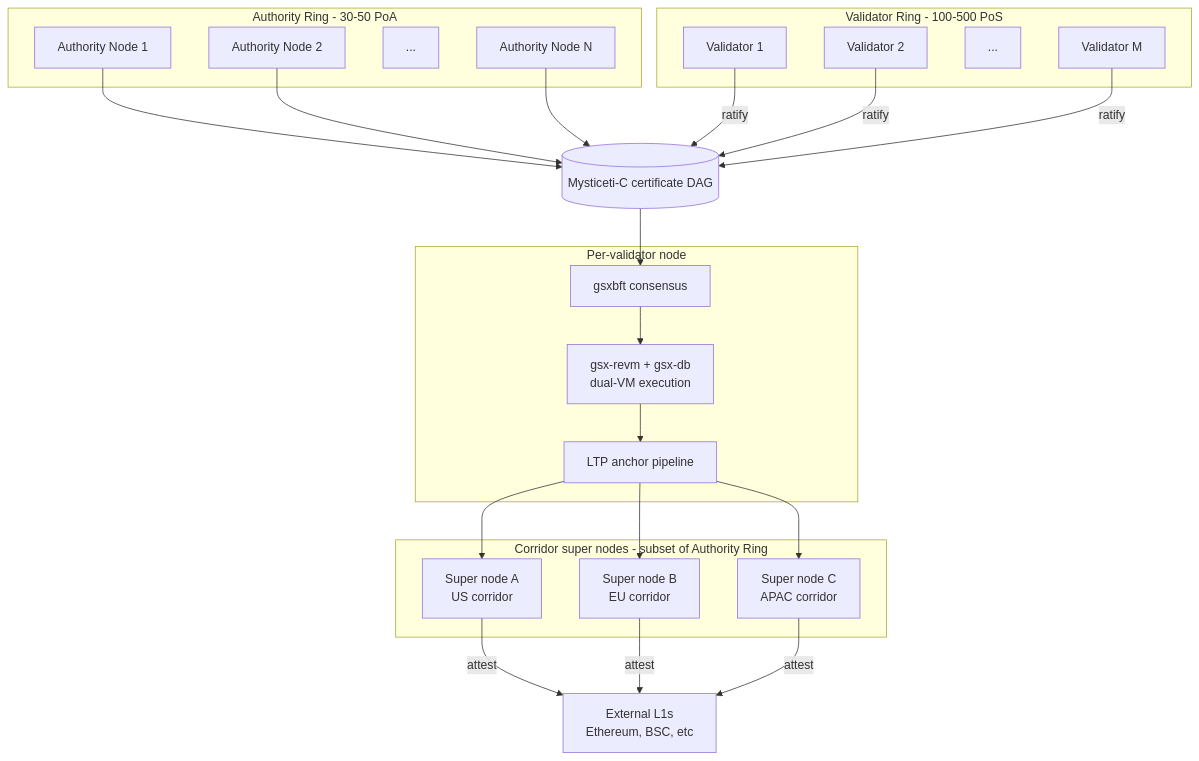
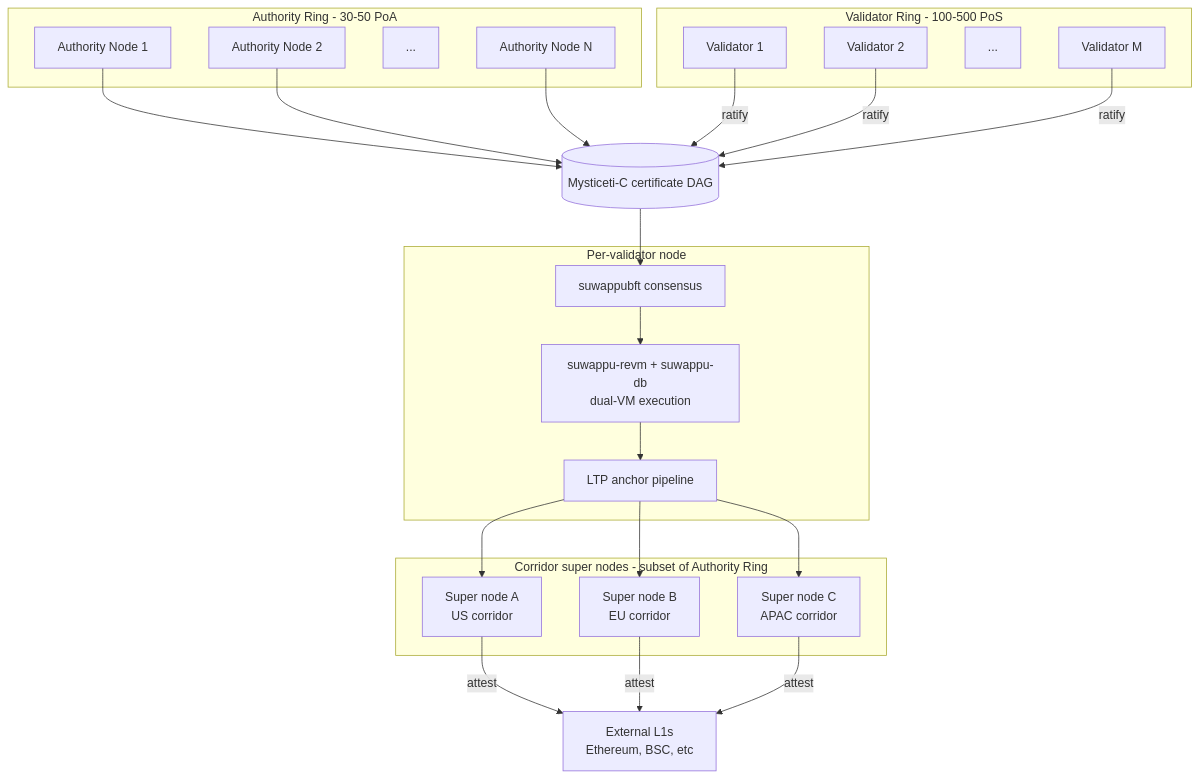
One commit to Suwappu-Labs/suwappu-db changed the third of 4 diagrams in docs/architecture/deployment-topology.md. Above: the diagram before and after it, drawn with Mermaid. The commit also changed other lines of this file and 232 other files, not shown here.

First line of the commit message:
chore: rebrand gsx-db -> suwappu-db (crates, code, docs)

````diff
--- a/docs/architecture/deployment-topology.md
+++ b/docs/architecture/deployment-topology.md
@@ -88,43 +88,43 @@
 ```mermaid
 flowchart TB
     subgraph Ring1[Authority Ring - 30-50 PoA]
         A1[Authority Node 1]
         A2[Authority Node 2]
         Adots[...]
         AN[Authority Node N]
     end
     subgraph Ring2[Validator Ring - 100-500 PoS]
         V1[Validator 1]
         V2[Validator 2]
         Vdots[...]
         VN[Validator M]
     end
     subgraph SuperNodes[Corridor super nodes - subset of Authority Ring]
         SN1[Super node A<br/>US corridor]
         SN2[Super node B<br/>EU corridor]
         SN3[Super node C<br/>APAC corridor]
     end
 
     DAG[(Mysticeti-C certificate DAG)]
     A1 --> DAG
     A2 --> DAG
     AN --> DAG
     V1 -- ratify --> DAG
     V2 -- ratify --> DAG
     VN -- ratify --> DAG
 
     subgraph Node[Per-validator node]
-        Consensus[gsxbft consensus]
-        Exec[gsx-revm + gsx-db<br/>dual-VM execution]
+        Consensus[suwappubft consensus]
+        Exec[suwappu-revm + suwappu-db<br/>dual-VM execution]
         Anchor[LTP anchor pipeline]
     end
     DAG --> Consensus --> Exec --> Anchor
 
     Anchor --> SN1
     Anchor --> SN2
     Anchor --> SN3
 
     SN1 -- attest --> L1[External L1s<br/>Ethereum, BSC, etc]
     SN2 -- attest --> L1
     SN3 -- attest --> L1
 ```
````
